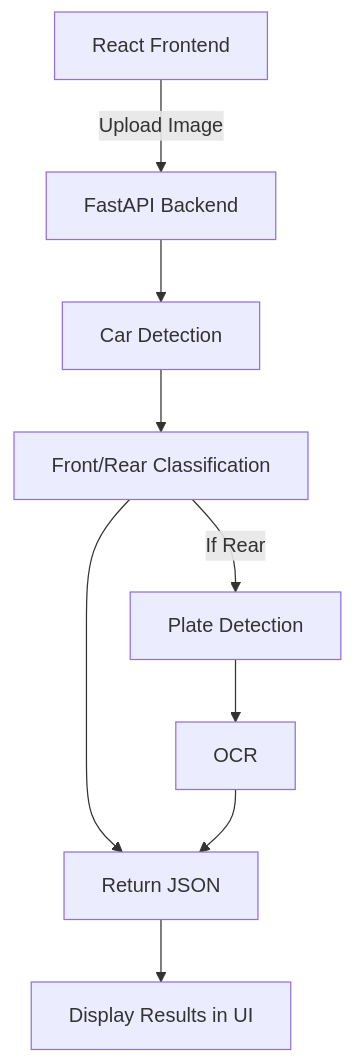
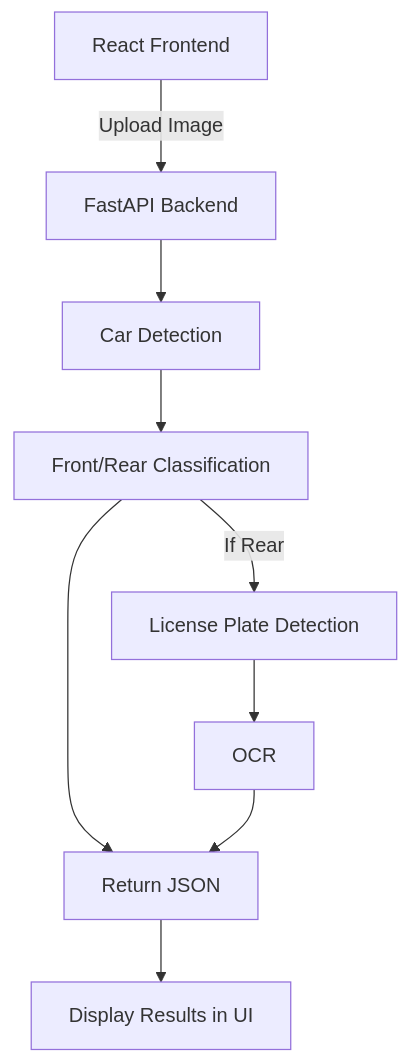
One commit to RyanEAA/car-exit-detection-system changed the diagram in readme.md. Above: the diagram before and after it, drawn with Mermaid. The commit also changed other lines of this file, not shown here.

````diff
--- a/readme.md
+++ b/readme.md
@@ -144,11 +123,11 @@
 ```mermaid
 flowchart TD
     A[React Frontend] -->|Upload Image| B[FastAPI Backend]
     B --> C[Car Detection]
     C --> D[Front/Rear Classification]
-    D -->|If Rear| E[Plate Detection]
+    D -->|If Rear| E[License Plate Detection]
     E --> F[OCR]
     D --> G[Return JSON]
     F --> G
     G --> H[Display Results in UI]
 ```
````
